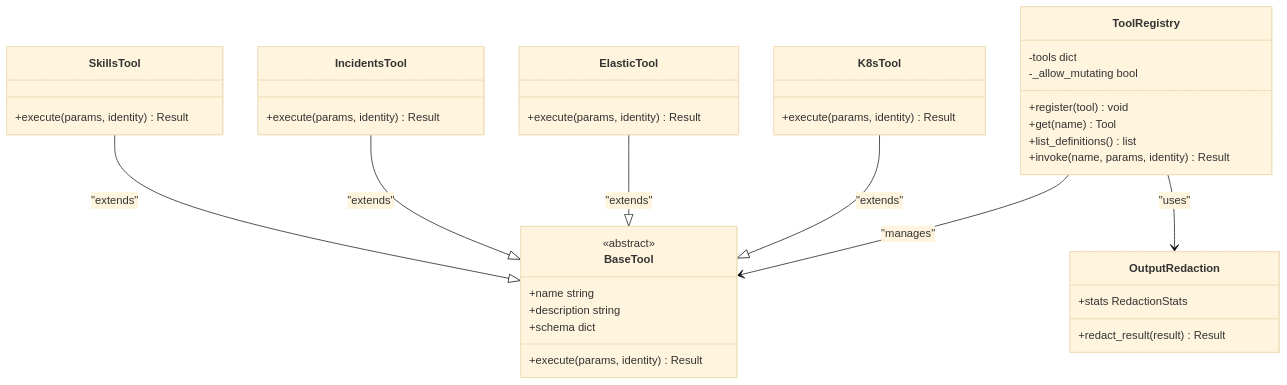
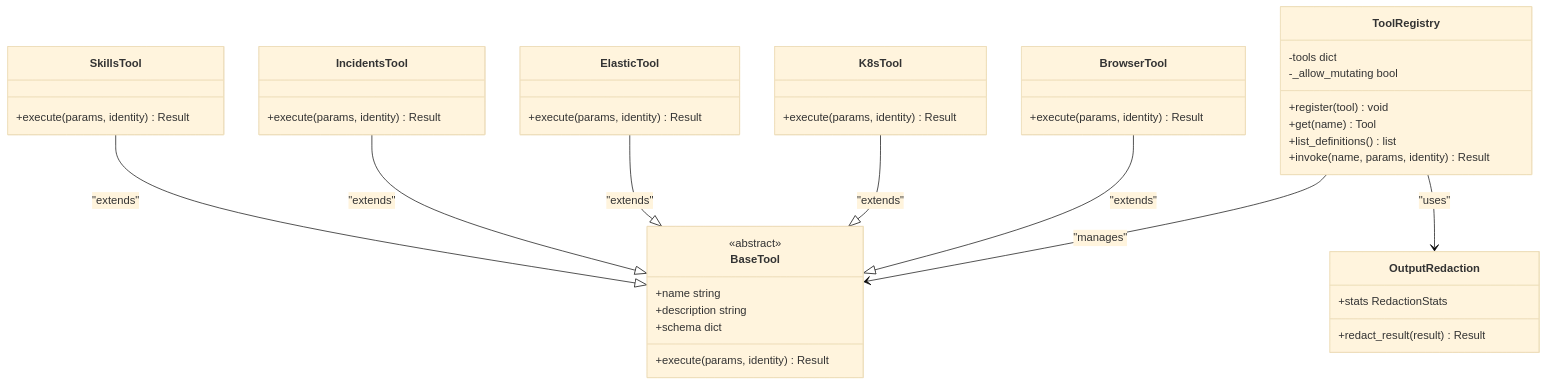
Before and after one commit to metasync/luban-aiops: the eighth of 14 diagrams in .qoder/repowiki/en/content/Tool Gateway Service/Tool Gateway Service.md, drawn with Mermaid (base theme). The commit also changed other lines of this file and 6 other files, not shown here.

````diff
--- a/.qoder/repowiki/en/content/Tool Gateway Service/Tool Gateway Service.md
+++ b/.qoder/repowiki/en/content/Tool Gateway Service/Tool Gateway Service.md
@@ -501,40 +552,44 @@
 ```mermaid
 classDiagram
 class ToolRegistry {
 -tools dict
 -_allow_mutating bool
 +register(tool) void
 +get(name) Tool
 +list_definitions() list
 +invoke(name, params, identity) Result
 }
 class BaseTool {
 <<abstract>>
 +name string
 +description string
 +schema dict
++execute(params, identity) Result
+}
+class BrowserTool {
 +execute(params, identity) Result
 }
 class K8sTool {
 +execute(params, identity) Result
 }
 class ElasticTool {
 +execute(params, identity) Result
 }
 class IncidentsTool {
 +execute(params, identity) Result
 }
 class SkillsTool {
 +execute(params, identity) Result
 }
 class OutputRedaction {
 +redact_result(result) Result
 +stats RedactionStats
 }
 ToolRegistry --> BaseTool : "manages"
 ToolRegistry --> OutputRedaction : "uses"
+BrowserTool --|> BaseTool : "extends"
 K8sTool --|> BaseTool : "extends"
 ElasticTool --|> BaseTool : "extends"
 IncidentsTool --|> BaseTool : "extends"
 SkillsTool --|> BaseTool : "extends"
 ```
````
